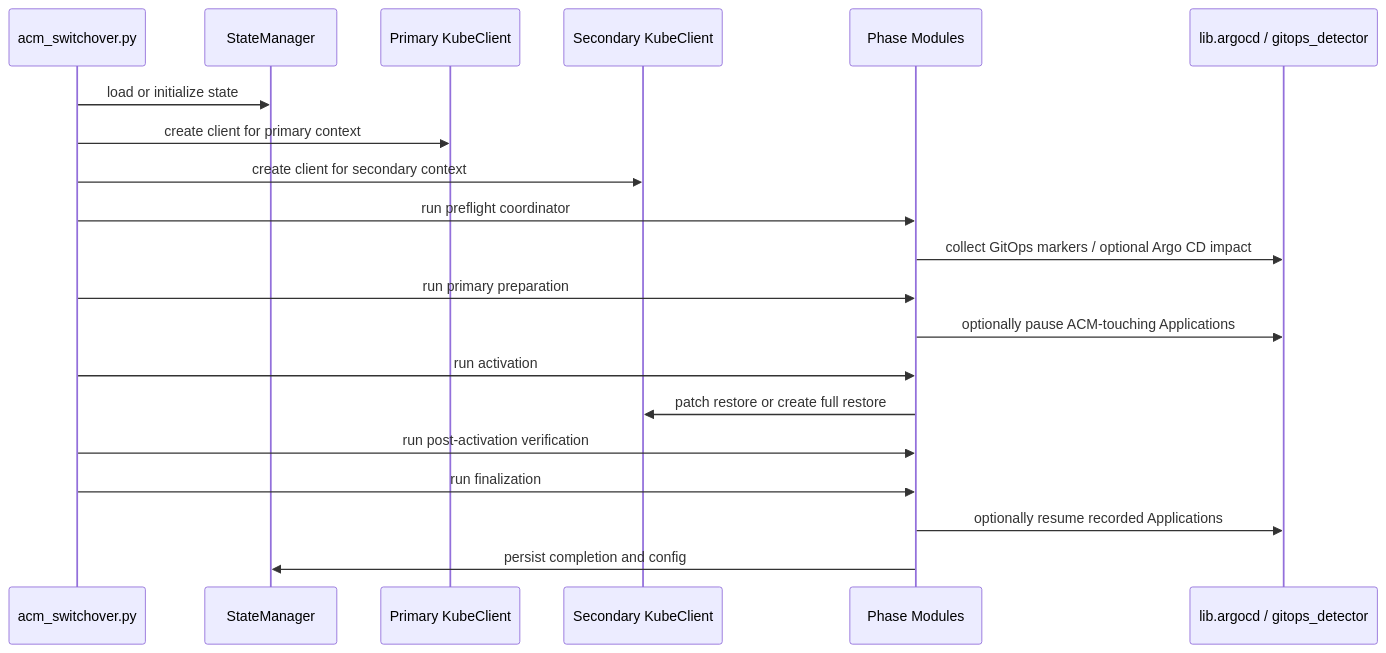
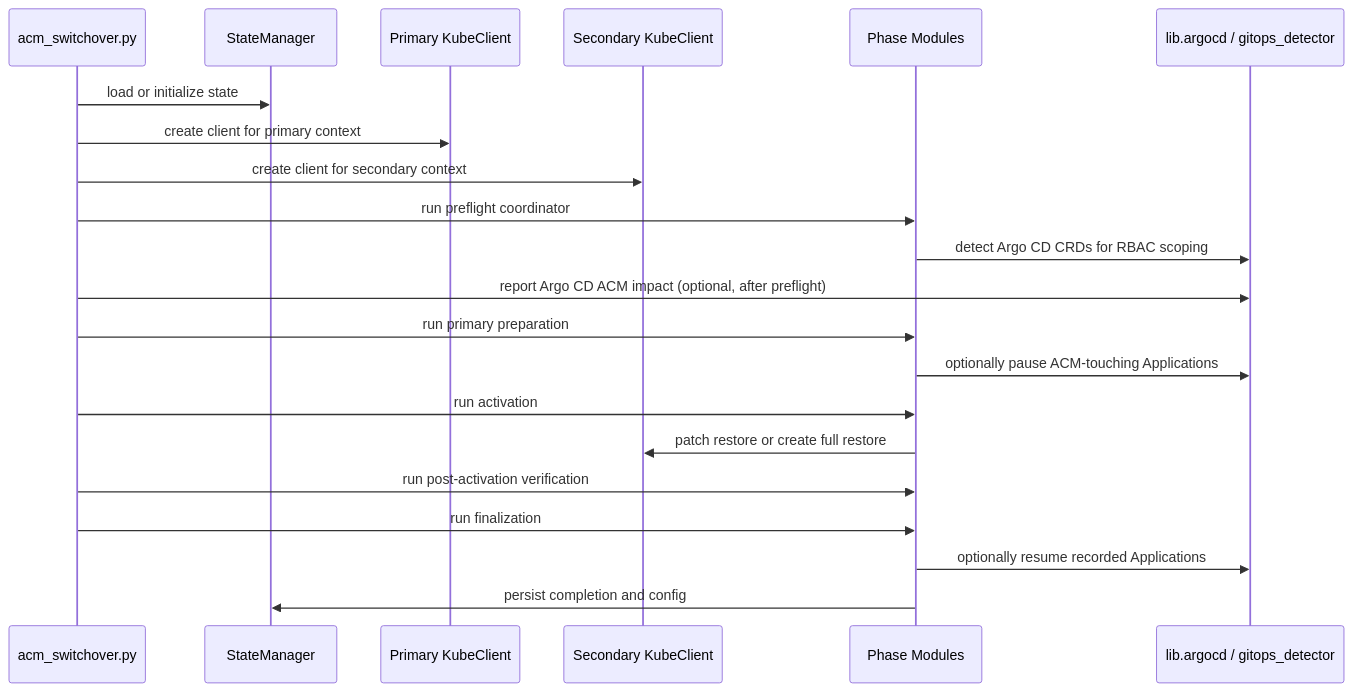
Before and after one commit to tomazb/rh-acm-switchover: the second of 2 diagrams in docs/development/architecture.md, drawn with Mermaid. The commit also changed other lines of this file and 1 other file, not shown here.

First line of the commit message:
fix(docs): correct Mermaid diagrams to match actual code behavior

````diff
--- a/docs/development/architecture.md
+++ b/docs/development/architecture.md
@@ -268,23 +269,24 @@
 ```mermaid
 sequenceDiagram
     participant CLI as acm_switchover.py
     participant State as StateManager
     participant P as Primary KubeClient
     participant S as Secondary KubeClient
     participant Mods as Phase Modules
     participant Argo as lib.argocd / gitops_detector
 
     CLI->>State: load or initialize state
     CLI->>P: create client for primary context
     CLI->>S: create client for secondary context
     CLI->>Mods: run preflight coordinator
-    Mods->>Argo: collect GitOps markers / optional Argo CD impact
+    Mods->>Argo: detect Argo CD CRDs for RBAC scoping
+    CLI->>Argo: report Argo CD ACM impact (optional, after preflight)
     CLI->>Mods: run primary preparation
     Mods->>Argo: optionally pause ACM-touching Applications
     CLI->>Mods: run activation
     Mods->>S: patch restore or create full restore
     CLI->>Mods: run post-activation verification
     CLI->>Mods: run finalization
     Mods->>Argo: optionally resume recorded Applications
     Mods->>State: persist completion and config
 ```
````
